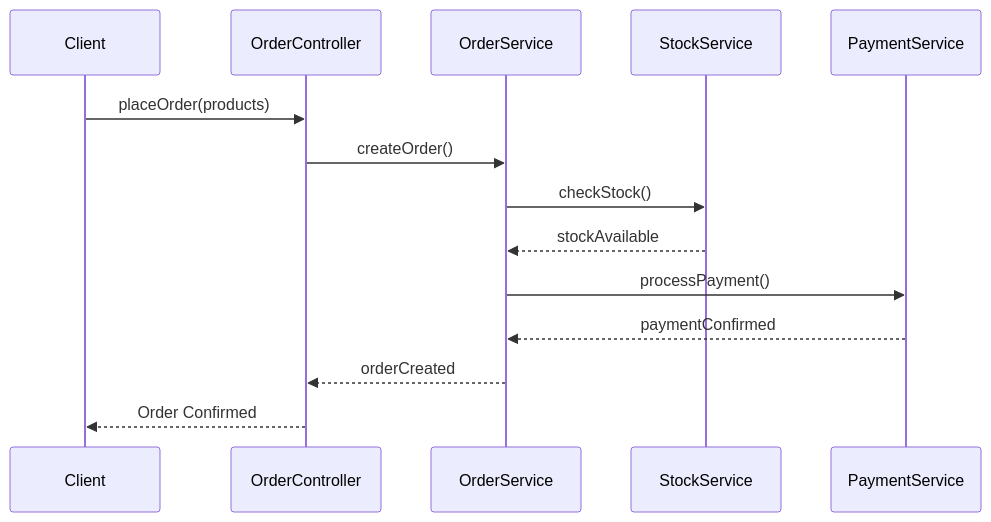
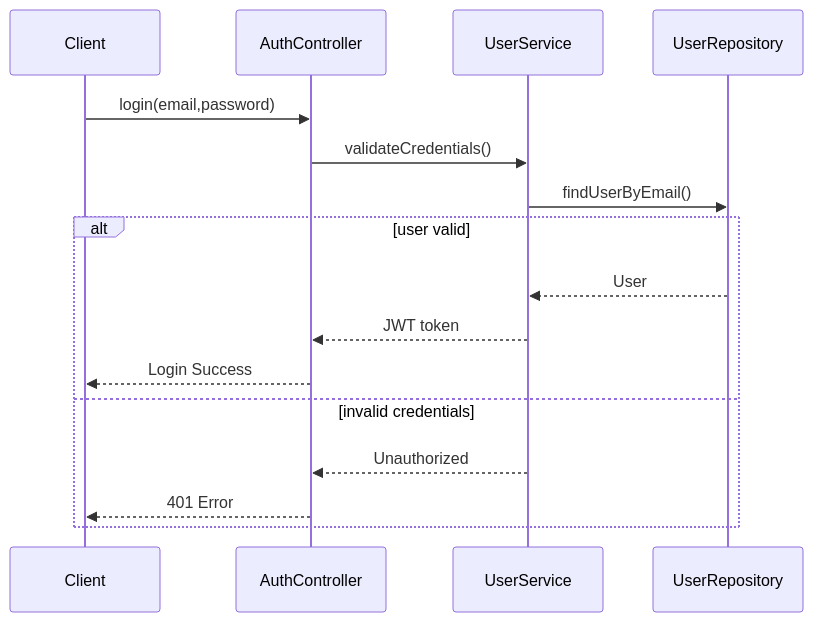
Before and after one commit to DanutSavu/lab2: the diagram in README.md, drawn with Mermaid.

````diff
--- a/README.md
+++ b/README.md
@@ -1,20 +1,20 @@
 ```mermaid
 sequenceDiagram
     participant C as Client
-    participant OC as OrderController
-    participant OS as OrderService
-    participant SS as StockService
-    participant PS as PaymentService
+    participant A as AuthController
+    participant U as UserService
+    participant R as UserRepository
 
-    C->>OC: placeOrder(products)
-    OC->>OS: createOrder()
+    C->>A: login(email,password)
+    A->>U: validateCredentials()
+    U->>R: findUserByEmail()
 
-    OS->>SS: checkStock()
-    SS-->>OS: stockAvailable
-
-    OS->>PS: processPayment()
-    PS-->>OS: paymentConfirmed
-
-    OS-->>OC: orderCreated
-    OC-->>C: Order Confirmed
+    alt user valid
+        R-->>U: User
+        U-->>A: JWT token
+        A-->>C: Login Success
+    else invalid credentials
+        U-->>A: Unauthorized
+        A-->>C: 401 Error
+    end
 ```
````
